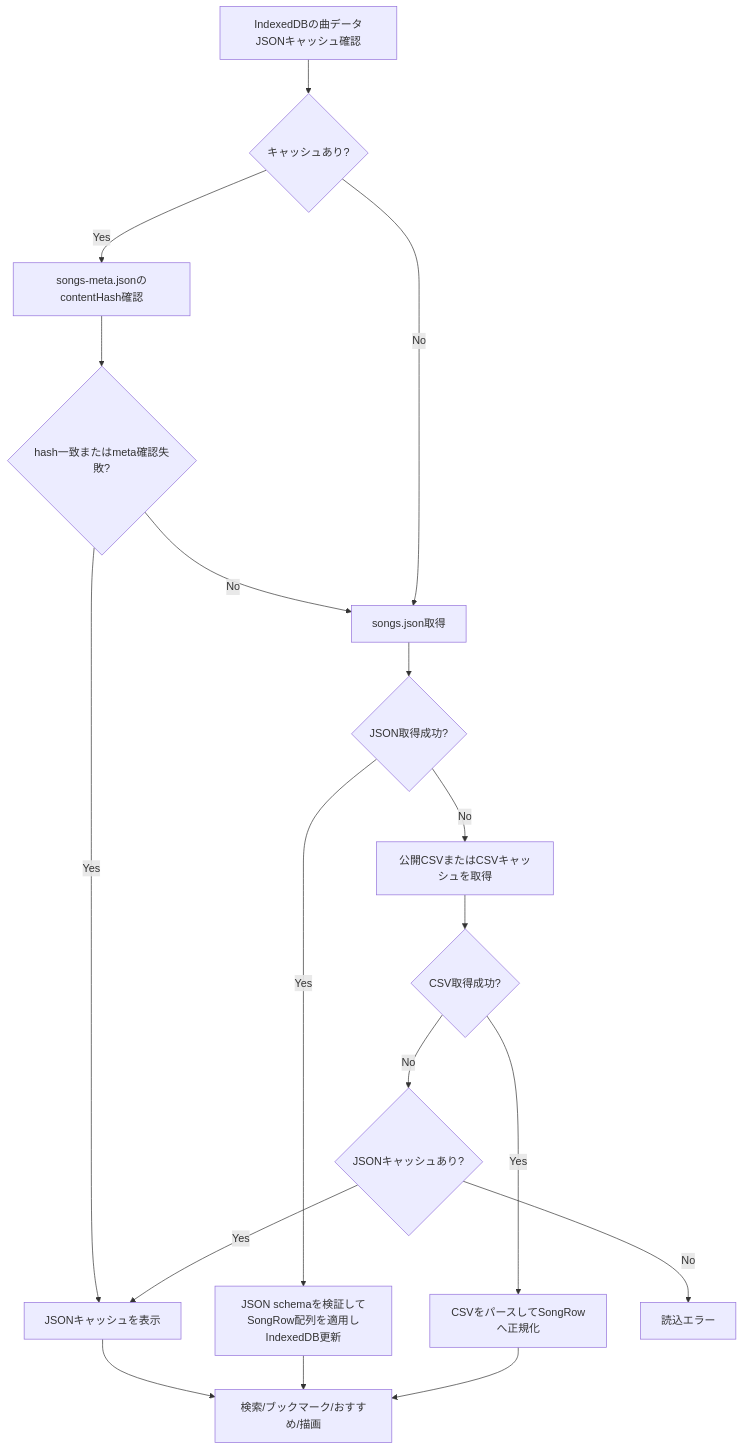
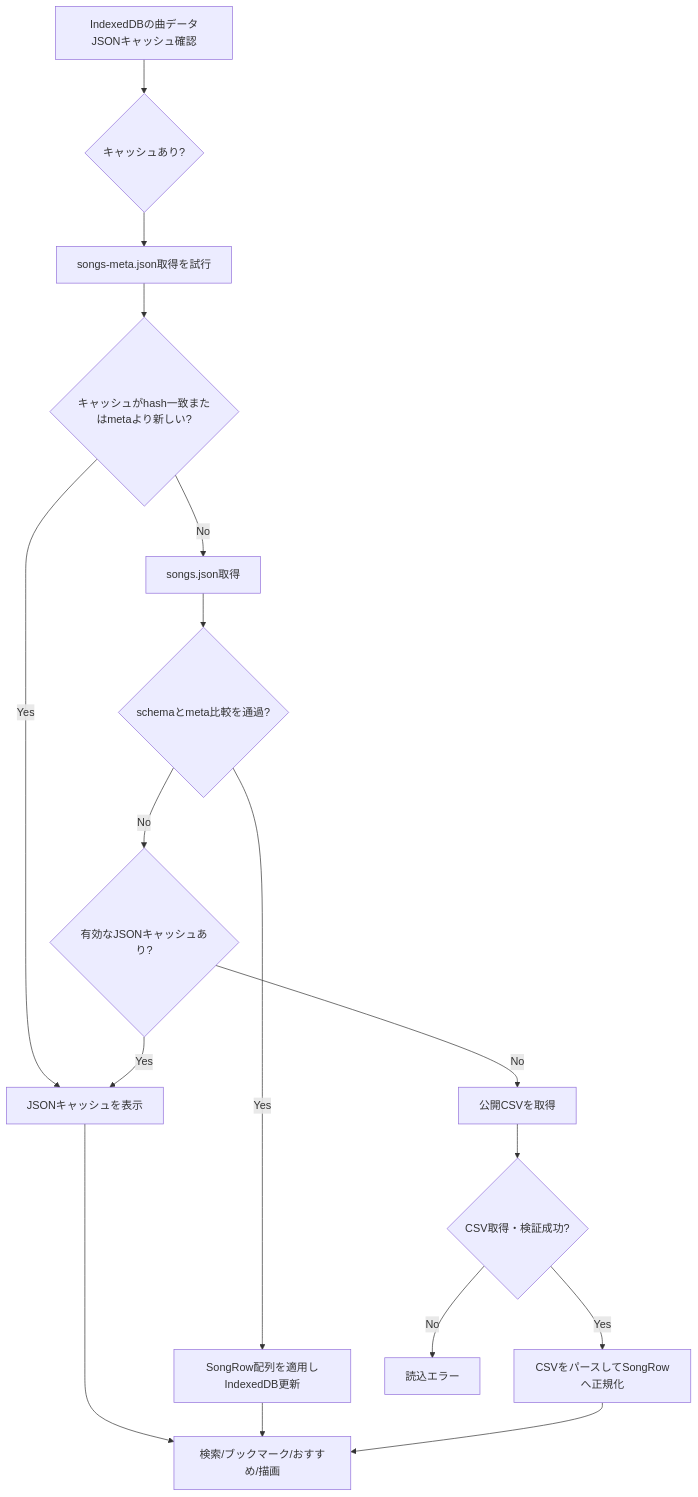
Before and after one commit to an-oa/devel-knksongs: the first of 3 diagrams in DESIGN.md, drawn with Mermaid. The commit also changed other lines of this file and 16 other files, not shown here.

First line of the commit message:
feat: version songs JSON freshness metadata

````diff
--- a/DESIGN.md
+++ b/DESIGN.md
@@ -144,20 +147,19 @@
 ```mermaid
 flowchart TD
     A[IndexedDBの曲データJSONキャッシュ確認] --> B{キャッシュあり?}
-    B -- Yes --> C[songs-meta.jsonのcontentHash確認]
-    C --> D{hash一致またはmeta確認失敗?}
+    B --> C[songs-meta.json取得を試行]
+    C --> D{キャッシュがhash一致またはmetaより新しい?}
     D -- Yes --> E[JSONキャッシュを表示]
     D -- No --> F[songs.json取得]
-    B -- No --> F
-    F --> G{JSON取得成功?}
-    G -- Yes --> H[JSON schemaを検証してSongRow配列を適用しIndexedDB更新]
-    G -- No --> I[公開CSVまたはCSVキャッシュを取得]
-    I --> J{CSV取得成功?}
+    F --> G{schemaとmeta比較を通過?}
+    G -- Yes --> H[SongRow配列を適用しIndexedDB更新]
+    G -- No --> L{有効なJSONキャッシュあり?}
+    L -- Yes --> E
+    L -- No --> I[公開CSVを取得]
+    I --> J{CSV取得・検証成功?}
     J -- Yes --> K[CSVをパースしてSongRowへ正規化]
-    J -- No --> L{JSONキャッシュあり?}
-    L -- Yes --> E
-    L -- No --> M[読込エラー]
+    J -- No --> M[読込エラー]
     E --> N[検索/ブックマーク/おすすめ/描画]
     H --> N
     K --> N
 ```
````
